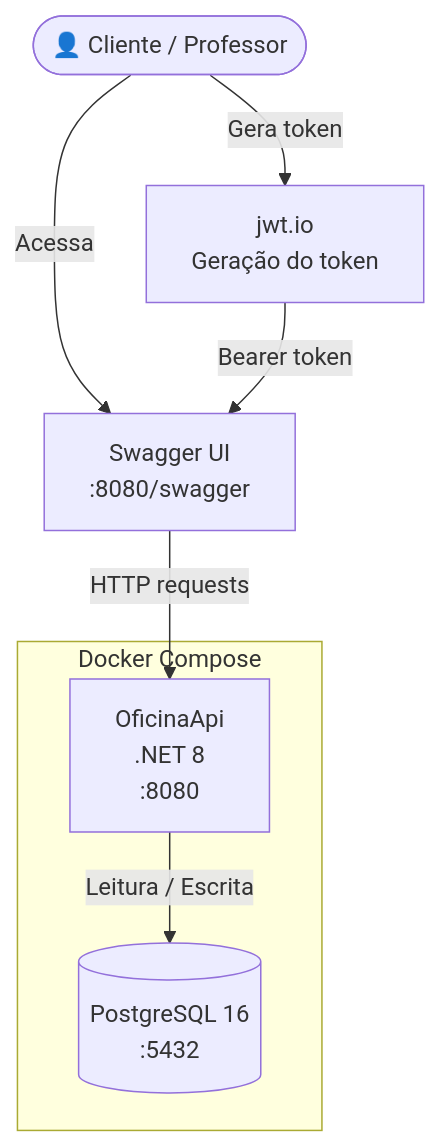
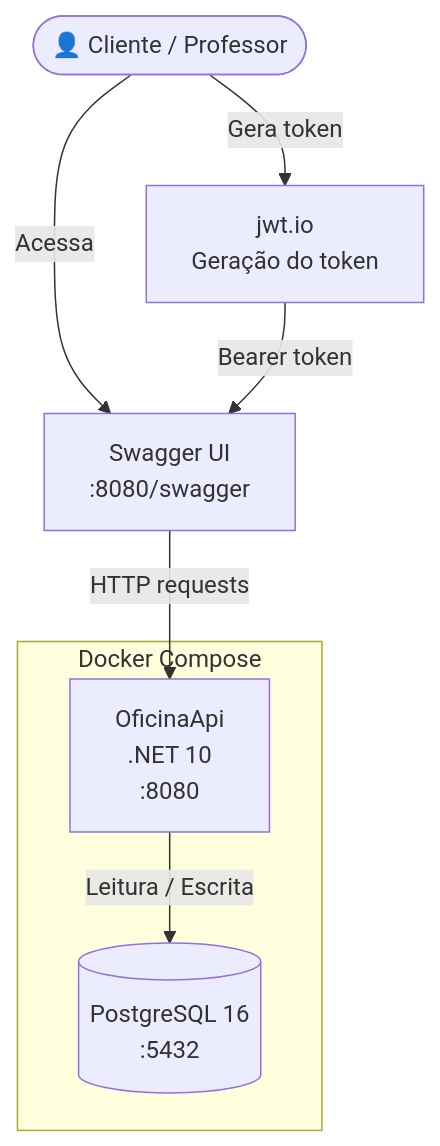
The first of 5 diagrams in README.md (jaimorais2007/oficina-mecanica-api), drawn with Mermaid before and after one commit. The commit also changed other lines of this file, not shown here.

````diff
--- a/README.md
+++ b/README.md
@@ -35,19 +58,19 @@
 ```mermaid
 graph TD
     Cliente(["👤 Cliente / Professor"])
     Swagger["Swagger UI\n:8080/swagger"]
-    API["OficinaApi\n.NET 8\n:8080"]
+    API["OficinaApi\n.NET 10\n:8080"]
     DB[("PostgreSQL 16\n:5432")]
     JWT["jwt.io\nGeração do token"]
 
     Cliente -->|"Acessa"| Swagger
     Cliente -->|"Gera token"| JWT
     JWT -->|"Bearer token"| Swagger
     Swagger -->|"HTTP requests"| API
     API -->|"Leitura / Escrita"| DB
 
     subgraph Docker Compose
         API
         DB
     end
 ```
````
